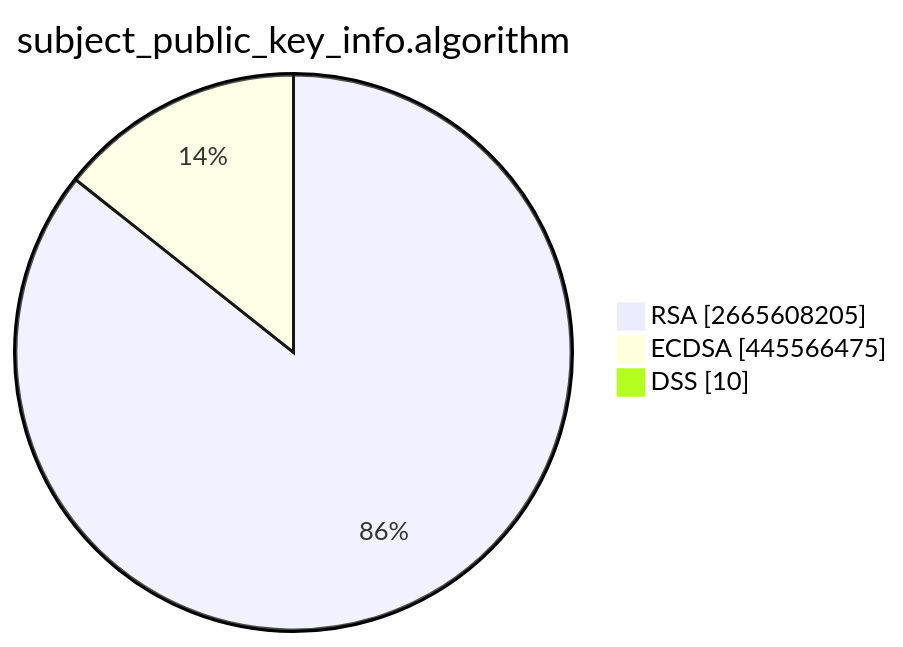
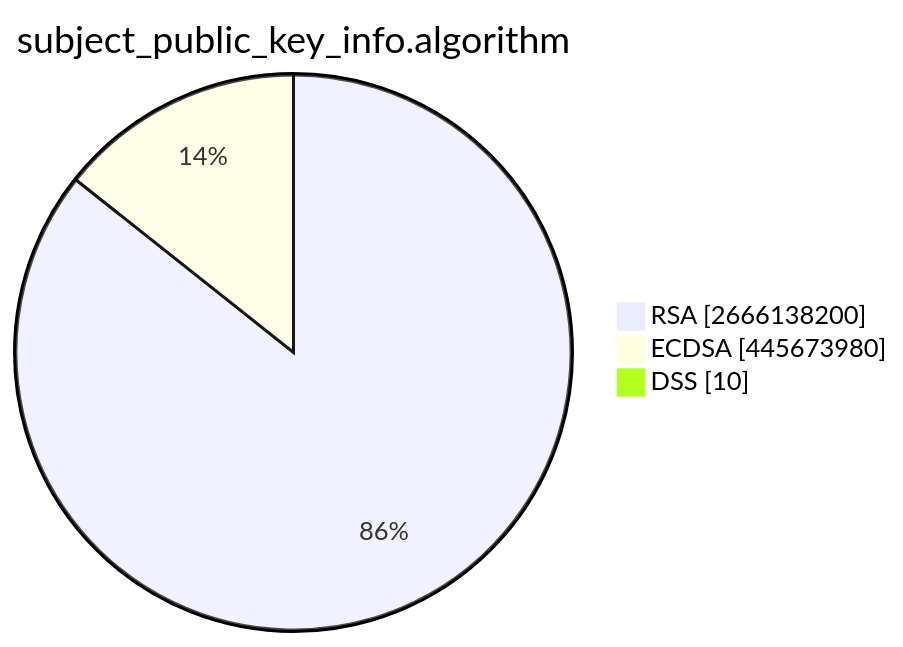
The second of 15 diagrams in TOTAL/README.md (christiankrug/ctmonitor_visualization), drawn with Mermaid before and after one commit. The commit also changed other lines of this file, not shown here.

````diff
--- a/TOTAL/README.md
+++ b/TOTAL/README.md
@@ -6,7 +6,7 @@
 ```mermaid
 pie showData
 title subject_public_key_info.algorithm
-"RSA" :2665608205
-"ECDSA" :445566475
+"RSA" :2666138200
+"ECDSA" :445673980
 "DSS" :10
 ```
````
